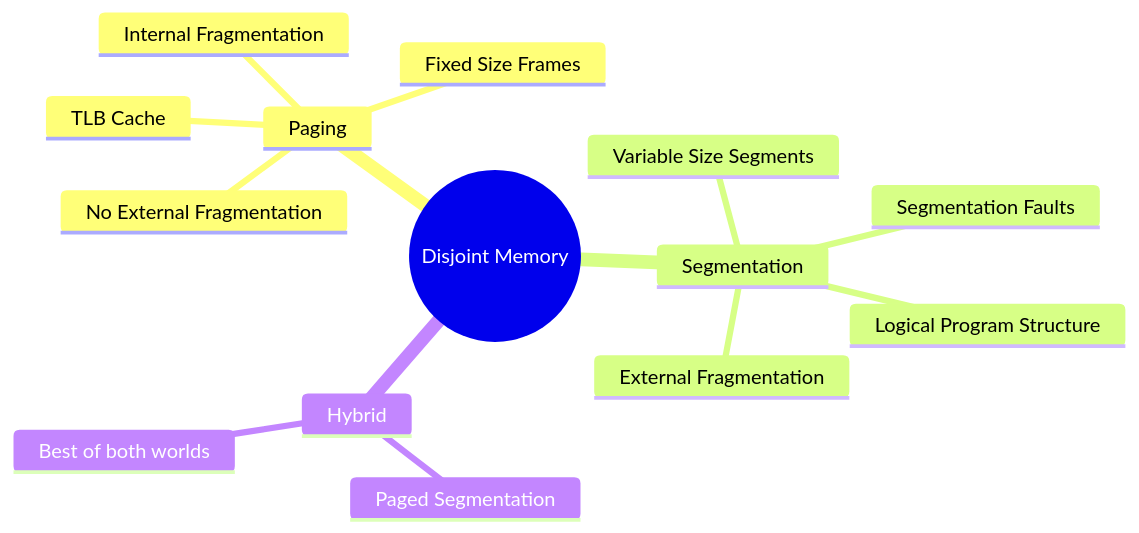
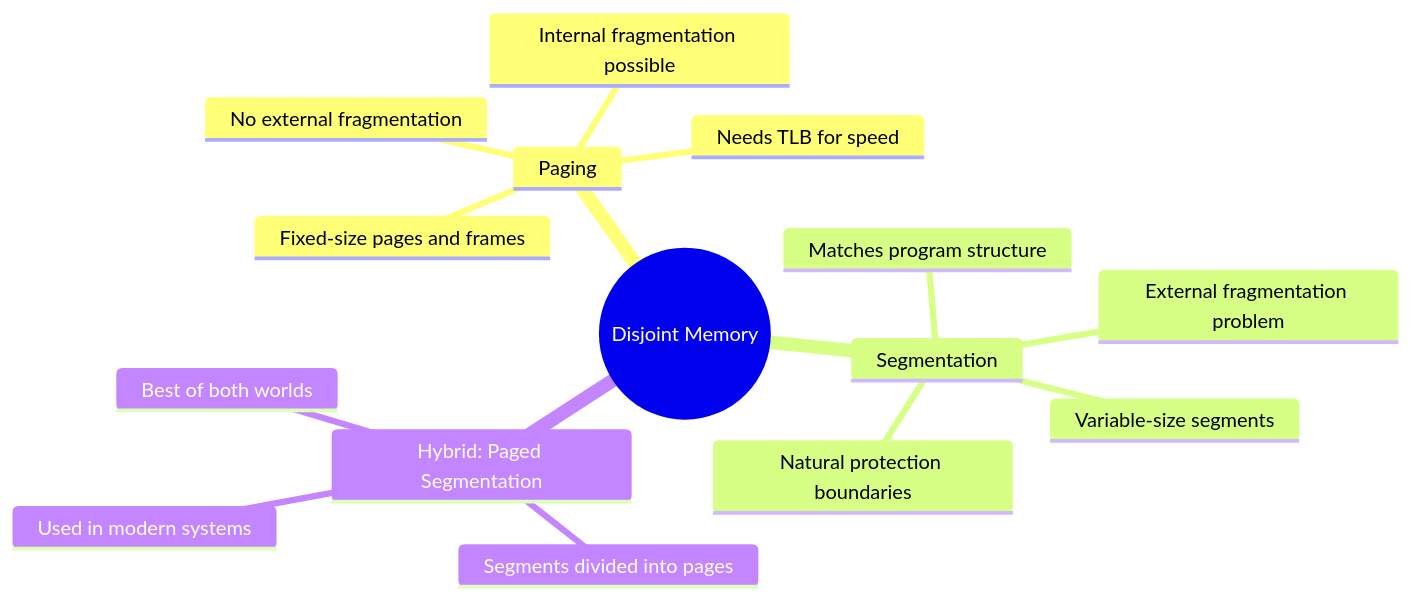
Before and after one commit to Nathan0820/vault: the fifth of 5 diagrams in content/CS2106/L8.md, drawn with Mermaid. The commit also changed other lines of this file and 2 other files, not shown here.

````diff
--- a/content/CS2106/L8.md
+++ b/content/CS2106/L8.md
@@ -180,17 +315,18 @@
 ```mermaid
 mindmap
   root((Disjoint Memory))
     Paging
-      Fixed Size Frames
-      No External Fragmentation
-      Internal Fragmentation
-      TLB Cache
+      Fixed-size pages and frames
+      No external fragmentation
+      Internal fragmentation possible
+      Needs TLB for speed
     Segmentation
-      Variable Size Segments
-      Logical Program Structure
-      Segmentation Faults
-      External Fragmentation
-    Hybrid
-      Paged Segmentation
+      Variable-size segments
+      Matches program structure
+      External fragmentation problem
+      Natural protection boundaries
+    Hybrid: Paged Segmentation
+      Segments divided into pages
       Best of both worlds
+      Used in modern systems
 ```
````
